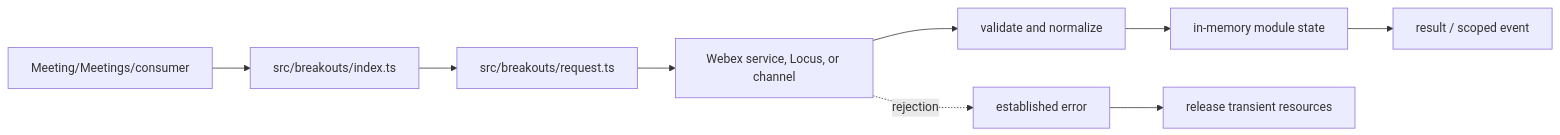
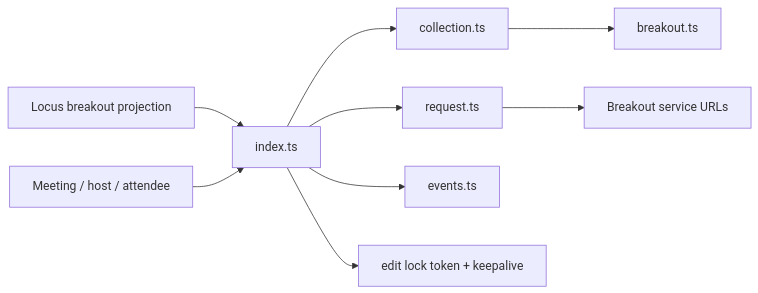
The first of 5 diagrams in packages/@webex/plugin-meetings/src/breakouts/ai-docs/breakouts-spec.md (webex/webex-js-sdk), drawn with Mermaid before and after one commit. The commit also changed other lines of this file and 26 other files, not shown here.

````diff
--- a/packages/@webex/plugin-meetings/src/breakouts/ai-docs/breakouts-spec.md
+++ b/packages/@webex/plugin-meetings/src/breakouts/ai-docs/breakouts-spec.md
@@ -99,11 +111,11 @@
 ```mermaid
 flowchart LR
-  Caller[Meeting/Meetings/consumer] --> Entry[src/breakouts/index.ts]
-  Entry --> Support[src/breakouts/request.ts]
-  Support --> Boundary[Webex service, Locus, or channel]
-  Boundary --> Normalize[validate and normalize]
-  Normalize --> State[in-memory module state]
-  State --> Output[result / scoped event]
-  Boundary -. rejection .-> Error[established error]
-  Error --> Cleanup[release transient resources]
+  Locus[Locus breakout projection] --> Controller[index.ts]
+  Controller --> Collection[collection.ts]
+  Collection --> Session[breakout.ts]
+  Caller[Meeting / host / attendee] --> Controller
+  Controller --> Request[request.ts]
+  Request --> Service[Breakout service URLs]
+  Controller --> Events[events.ts]
+  Controller --> Lock[edit lock token + keepalive]
 ```
````
